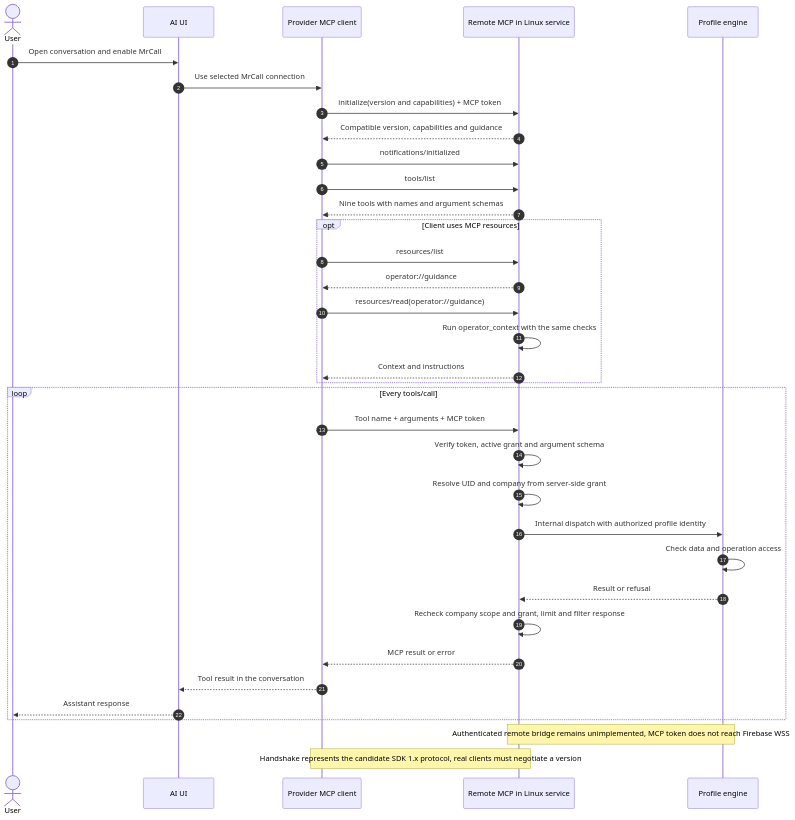
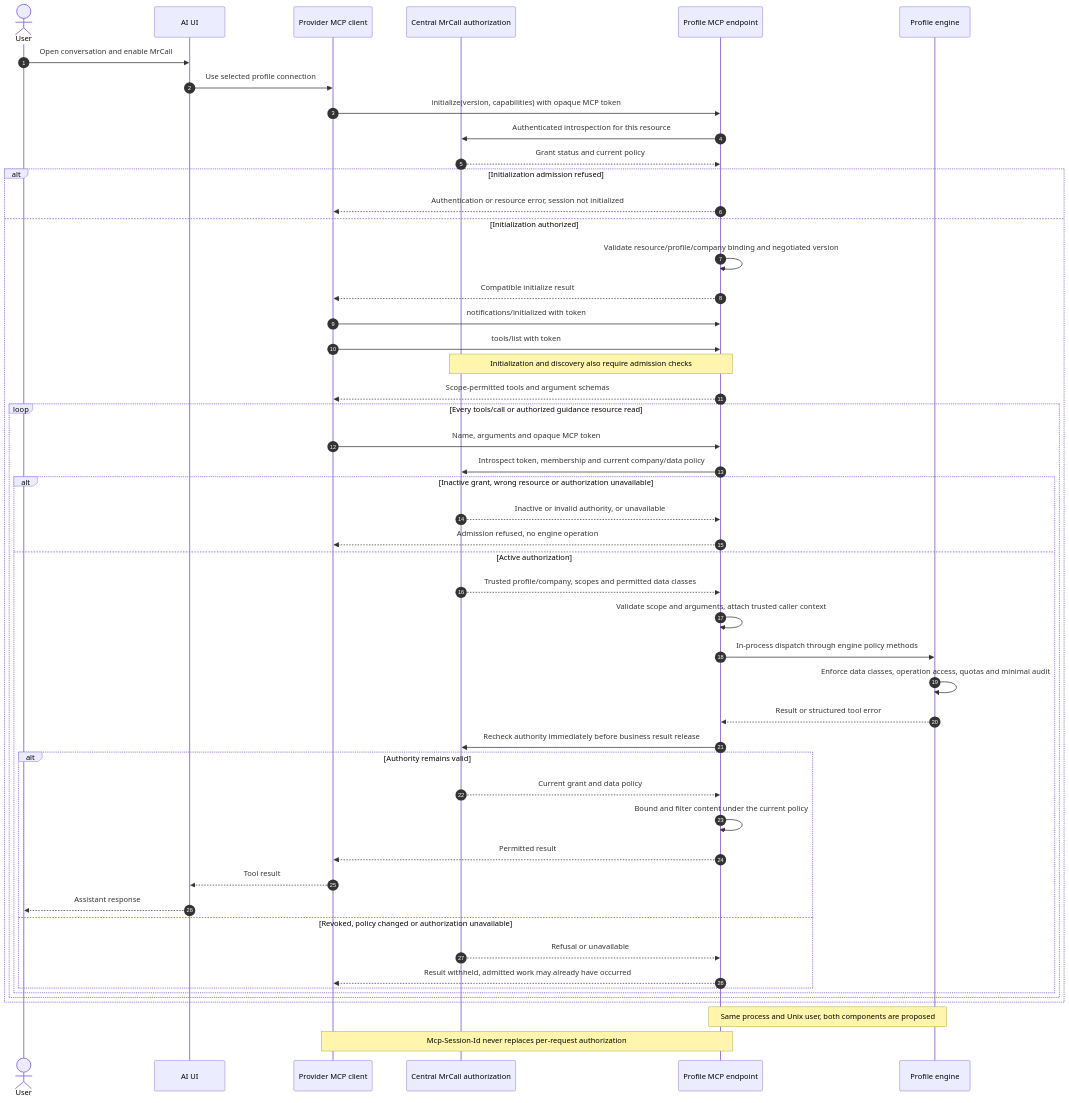
One commit to hahnbanach/mrcall-desktop changed the third of 3 diagrams in docs/operator-data-flows/authentication.md. Above: the diagram before and after it, drawn with Mermaid. The commit also changed other lines of this file and 8 other files, not shown here.

Commit message:
docs: define remote operator MCP trust and control boundaries

````diff
--- a/docs/operator-data-flows/authentication.md
+++ b/docs/operator-data-flows/authentication.md
@@ -114,37 +120,52 @@
 ```mermaid
 sequenceDiagram
 autonumber
 actor U as User
 participant UI as AI UI
 participant C as Provider MCP client
-participant M as Remote MCP in Linux service
+participant A as Central MrCall authorization
+participant M as Profile MCP endpoint
 participant E as Profile engine
 U->>UI: Open conversation and enable MrCall
-UI->>C: Use selected MrCall connection
-C->>M: initialize(version and capabilities) + MCP token
-M-->>C: Compatible version, capabilities and guidance
-C->>M: notifications/initialized
-C->>M: tools/list
-M-->>C: Nine tools with names and argument schemas
-opt Client uses MCP resources
-C->>M: resources/list
-M-->>C: operator://guidance
-C->>M: resources/read(operator://guidance)
-M->>M: Run operator_context with the same checks
-M-->>C: Context and instructions
+UI->>C: Use selected profile connection
+C->>M: initialize(version, capabilities) with opaque MCP token
+M->>A: Authenticated introspection for this resource
+A-->>M: Grant status and current policy
+alt Initialization admission refused
+M-->>C: Authentication or resource error, session not initialized
+else Initialization authorized
+M->>M: Validate resource/profile/company binding and negotiated version
+M-->>C: Compatible initialize result
+C->>M: notifications/initialized with token
+C->>M: tools/list with token
+Note over A,M: Initialization and discovery also require admission checks
+M-->>C: Scope-permitted tools and argument schemas
+loop Every tools/call or authorized guidance resource read
+C->>M: Name, arguments and opaque MCP token
+M->>A: Introspect token, membership and current company/data policy
+alt Inactive grant, wrong resource or authorization unavailable
+A-->>M: Inactive or invalid authority, or unavailable
+M-->>C: Admission refused, no engine operation
+else Active authorization
+A-->>M: Trusted profile/company, scopes and permitted data classes
+M->>M: Validate scope and arguments, attach trusted caller context
+M->>E: In-process dispatch through engine policy methods
+E->>E: Enforce data classes, operation access, quotas and minimal audit
+E-->>M: Result or structured tool error
+M->>A: Recheck authority immediately before business result release
+alt Authority remains valid
+A-->>M: Current grant and data policy
+M->>M: Bound and filter content under the current policy
+M-->>C: Permitted result
+C-->>UI: Tool result
+UI-->>U: Assistant response
+else Revoked, policy changed or authorization unavailable
+A-->>M: Refusal or unavailable
+M-->>C: Result withheld, admitted work may already have occurred
 end
-loop Every tools/call
-C->>M: Tool name + arguments + MCP token
-M->>M: Verify token, active grant and argument schema
-M->>M: Resolve UID and company from server-side grant
-M->>E: Internal dispatch with authorized profile identity
-E->>E: Check data and operation access
-E-->>M: Result or refusal
-M->>M: Recheck company scope and grant, limit and filter response
-M-->>C: MCP result or error
-C-->>UI: Tool result in the conversation
-UI-->>U: Assistant response
 end
-Note over M,E: Authenticated remote bridge remains unimplemented, MCP token does not reach Firebase WSS
-Note over C,M: Handshake represents the candidate SDK 1.x protocol, real clients must negotiate a version
+end
+end
+Note over M,E: Same process and Unix user, both components are proposed
+Note over C,M: Mcp-Session-Id never replaces per-request authorization
 ```
````
